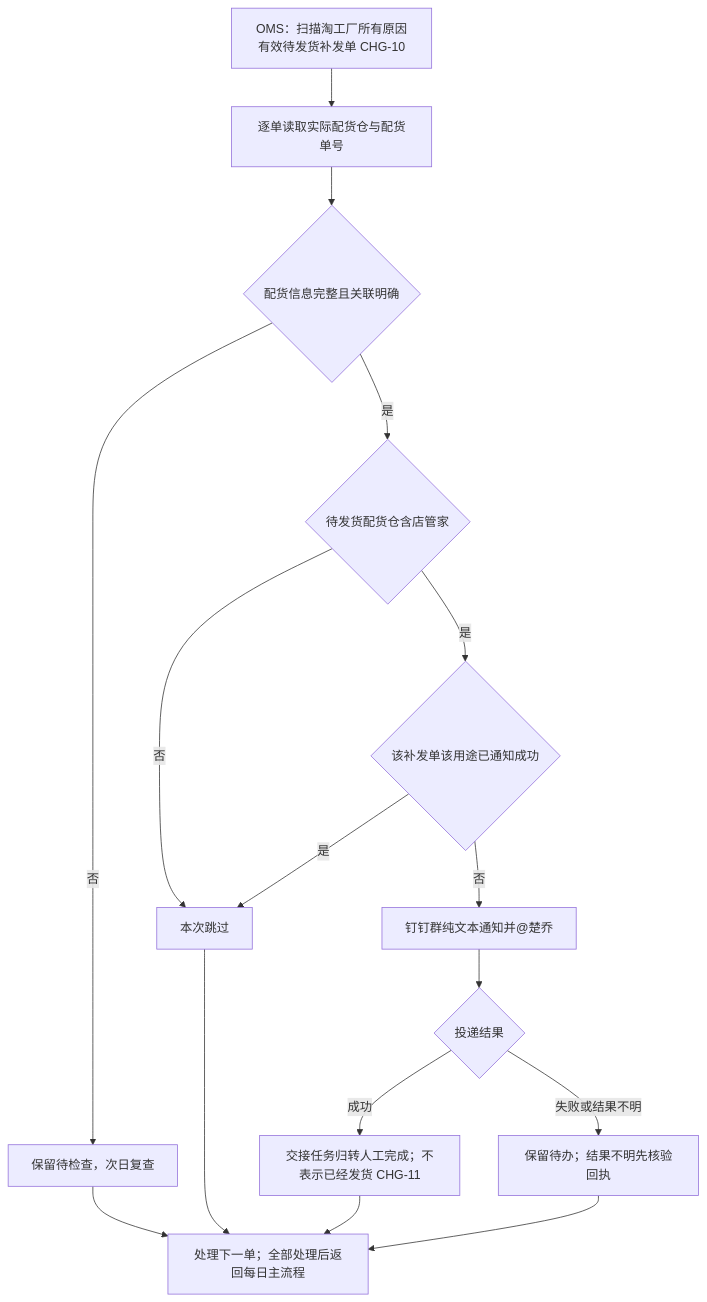
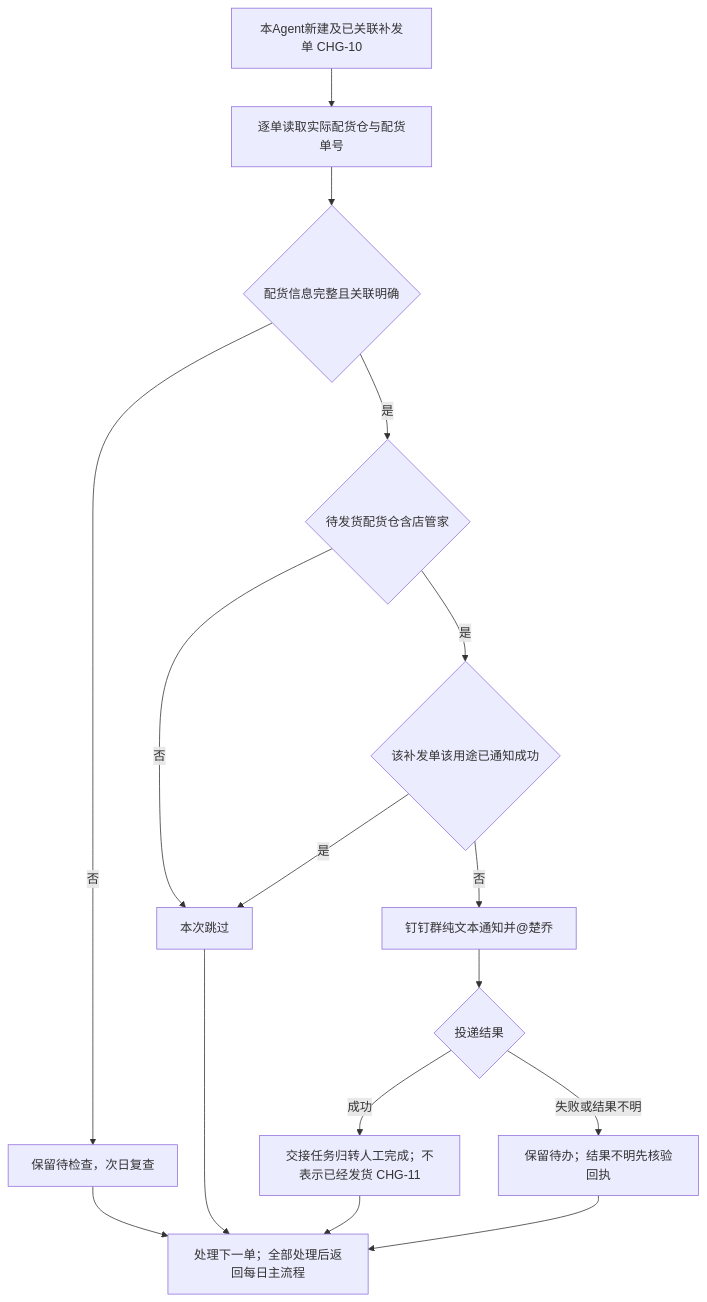
The third of 3 diagrams in logistics-monitor/v1/淘工厂物流监控Agent_V1.0_PRD.md (dtingyoung123-stack/xianma-work), drawn with Mermaid before and after one commit. The commit also changed other lines of this file and 3 other files, not shown here.

````diff
--- a/logistics-monitor/v1/淘工厂物流监控Agent_V1.0_PRD.md
+++ b/logistics-monitor/v1/淘工厂物流监控Agent_V1.0_PRD.md
@@ -156,18 +157,18 @@
 ```mermaid
 flowchart TD
-    A["OMS：扫描淘工厂所有原因有效待发货补发单 CHG-10"] --> B["逐单读取实际配货仓与配货单号"]
+    A["本Agent新建及已关联补发单 CHG-10"] --> B["逐单读取实际配货仓与配货单号"]
     B --> C{"配货信息完整且关联明确"}
     C -- "否" --> D["保留待检查，次日复查"]
     C -- "是" --> E{"待发货配货仓含店管家"}
     E -- "否" --> F["本次跳过"]
     E -- "是" --> G{"该补发单该用途已通知成功"}
     G -- "是" --> F
     G -- "否" --> H["钉钉群纯文本通知并@楚乔"]
     H --> I{"投递结果"}
     I -- "成功" --> J["交接任务归转人工完成；不表示已经发货 CHG-11"]
     I -- "失败或结果不明" --> K["保留待办；结果不明先核验回执"]
     D --> L["处理下一单；全部处理后返回每日主流程"]
     F --> L
     J --> L
     K --> L
 ```
````
